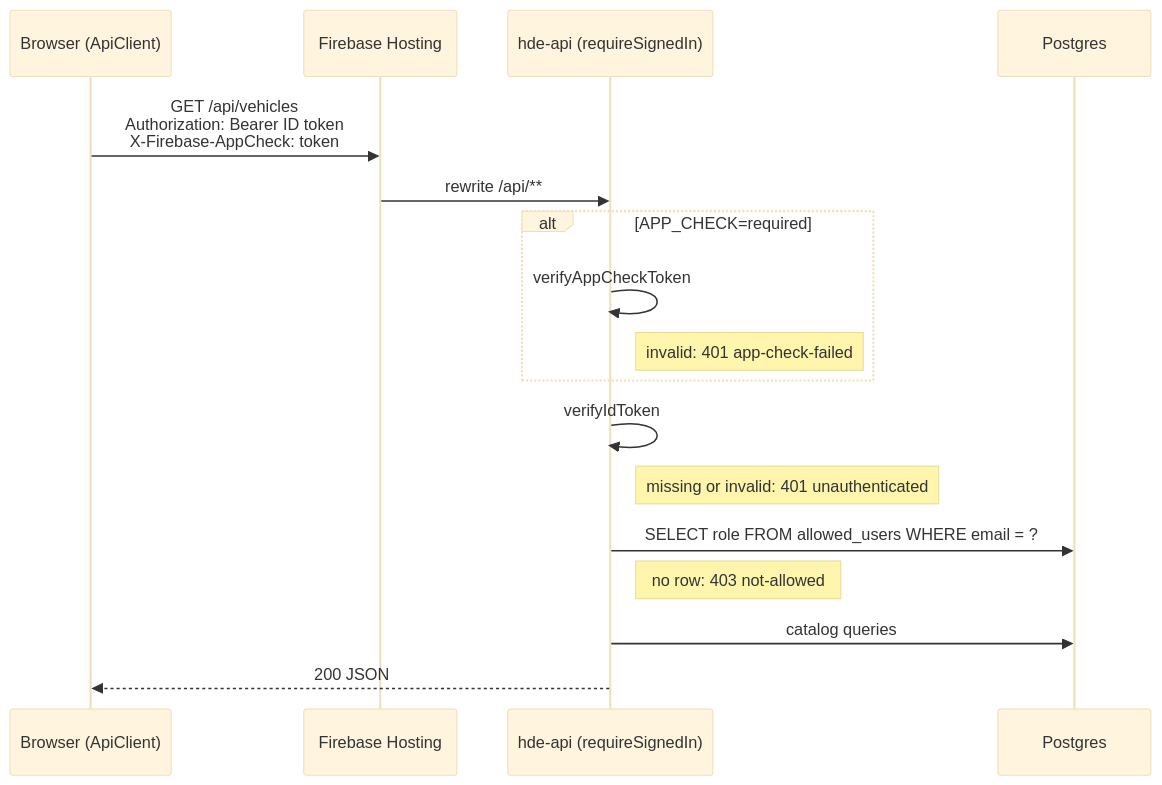
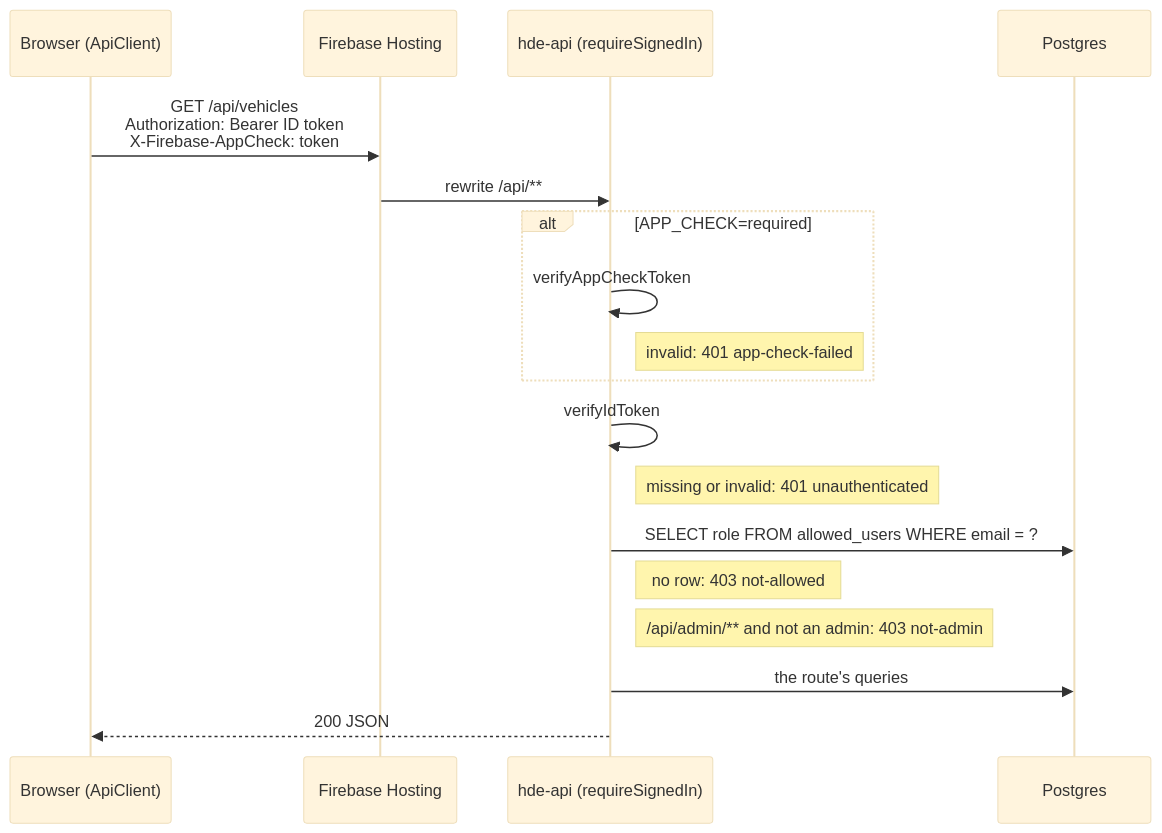
The third of 8 diagrams in ARCHITECTURE.md (Valiance-Studios/halo-drivers-ed), drawn with Mermaid (base theme) before and after one commit. The commit also changed other lines of this file and 58 other files, not shown here.

````diff
--- a/ARCHITECTURE.md
+++ b/ARCHITECTURE.md
@@ -116,20 +121,21 @@
 ```mermaid
 sequenceDiagram
     participant B as Browser (ApiClient)
     participant H as Firebase Hosting
     participant A as hde-api (requireSignedIn)
     participant P as Postgres
 
     B->>H: GET /api/vehicles<br/>Authorization: Bearer ID token<br/>X-Firebase-AppCheck: token
     H->>A: rewrite /api/**
     alt APP_CHECK=required
         A->>A: verifyAppCheckToken
         Note right of A: invalid: 401 app-check-failed
     end
     A->>A: verifyIdToken
     Note right of A: missing or invalid: 401 unauthenticated
     A->>P: SELECT role FROM allowed_users WHERE email = ?
     Note right of A: no row: 403 not-allowed
-    A->>P: catalog queries
+    Note right of A: /api/admin/** and not an admin: 403 not-admin
+    A->>P: the route's queries
     A-->>B: 200 JSON
 ```
````
